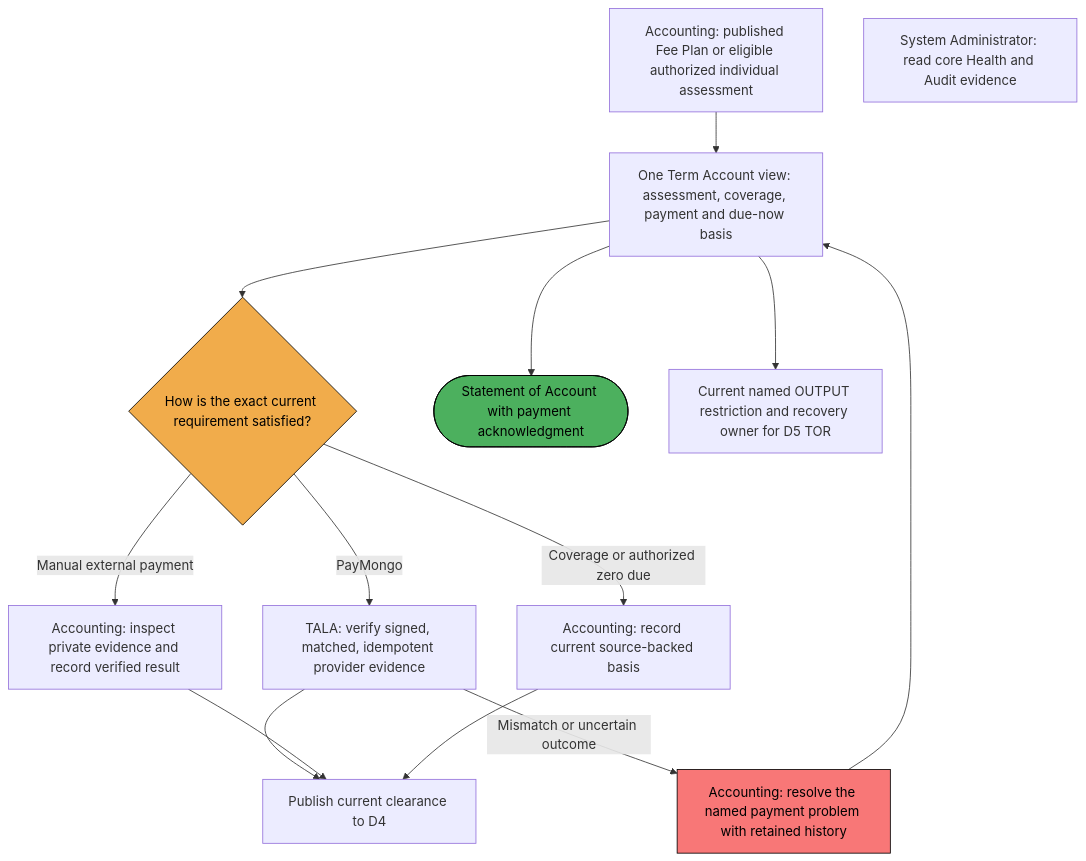
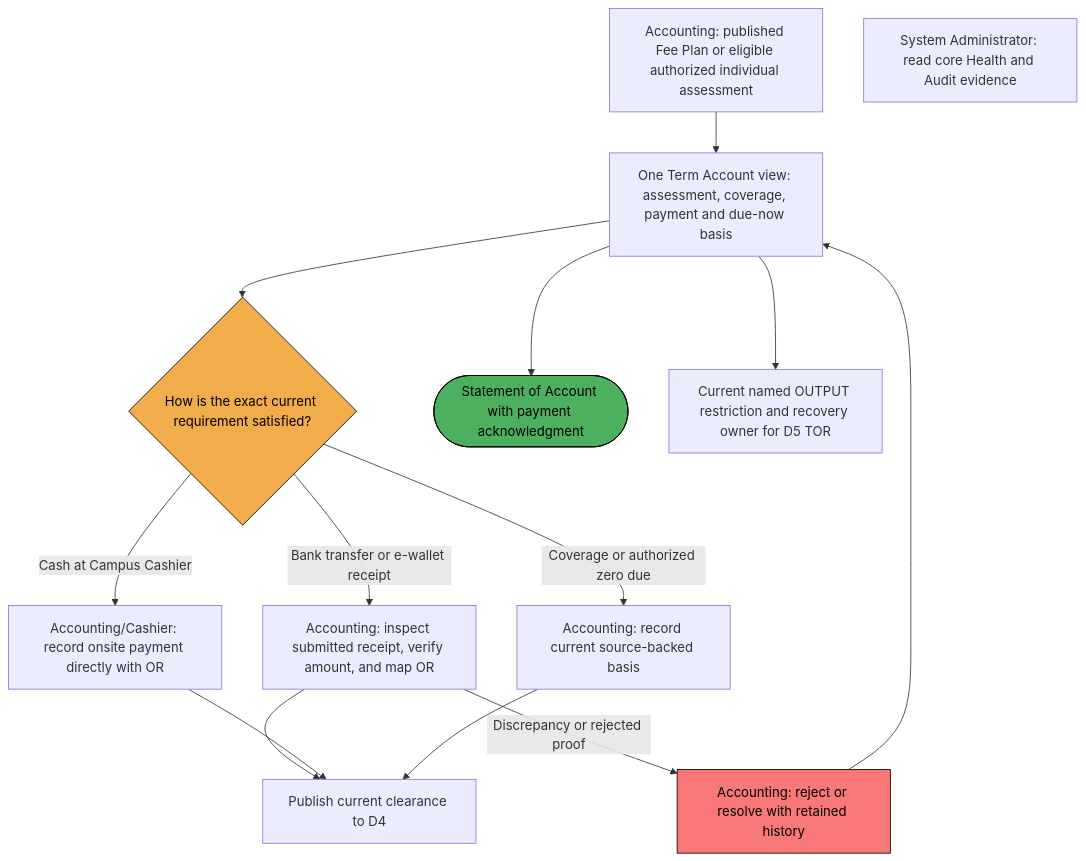
Before and after one commit to yosoykyle/SIA-TALA: the seventh of 7 diagrams in 00_Project_Documents/TALA-System-Lifecycle-Flowchart.md, drawn with Mermaid. The commit also changed other lines of this file and 351 other files, not shown here.

````diff
--- a/00_Project_Documents/TALA-System-Lifecycle-Flowchart.md
+++ b/00_Project_Documents/TALA-System-Lifecycle-Flowchart.md
@@ -234,23 +234,23 @@
 ```mermaid
 flowchart TB
   SOURCE["Accounting: published Fee Plan or eligible authorized individual assessment"]
   SOURCE --> ACCOUNT["One Term Account view: assessment, coverage, payment and due-now basis"]
   ACCOUNT --> PAY{"How is the exact current requirement satisfied?"}
-  PAY -->|PayMongo| WEBHOOK["TALA: verify signed, matched, idempotent provider evidence"]
-  PAY -->|Manual external payment| VERIFY["Accounting: inspect private evidence and record verified result"]
+  PAY -->|Bank transfer or e-wallet receipt| VERIFY["Accounting: inspect submitted receipt, verify amount, and map OR"]
+  PAY -->|Cash at Campus Cashier| ONSITE["Accounting/Cashier: record onsite payment directly with OR"]
   PAY -->|Coverage or authorized zero due| COVER["Accounting: record current source-backed basis"]
-  WEBHOOK --> CLEAR["Publish current clearance to D4"]
-  VERIFY --> CLEAR
+  VERIFY --> CLEAR["Publish current clearance to D4"]
+  ONSITE --> CLEAR
   COVER --> CLEAR
-  WEBHOOK -->|Mismatch or uncertain outcome| RESOLVE["Accounting: resolve the named payment problem with retained history"]
+  VERIFY -->|Discrepancy or rejected proof| RESOLVE["Accounting: reject or resolve with retained history"]
   RESOLVE --> ACCOUNT
   ACCOUNT --> SOA(["Statement of Account with payment acknowledgment"])
   ACCOUNT --> OUTPUT["Current named OUTPUT restriction and recovery owner for D5 TOR"]
   ADMIN["System Administrator: read core Health and Audit evidence"]
   classDef askBox fill:#F1AC4B,stroke:#000000,color:#000000;
   classDef warnBox fill:#F87777,stroke:#000000,color:#000000;
   classDef paperBox fill:#4CB05E,stroke:#000000,color:#000000;
   class PAY askBox;
   class RESOLVE warnBox;
   class SOA paperBox;
 ```
````
